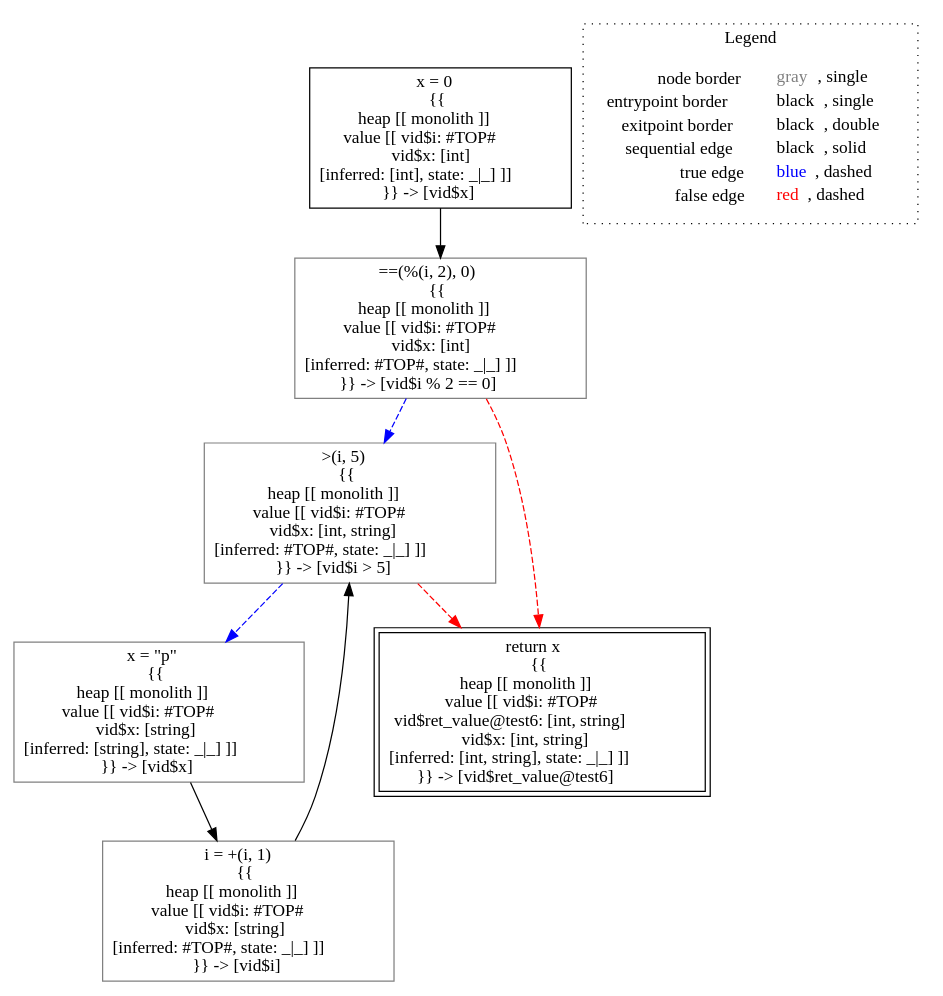
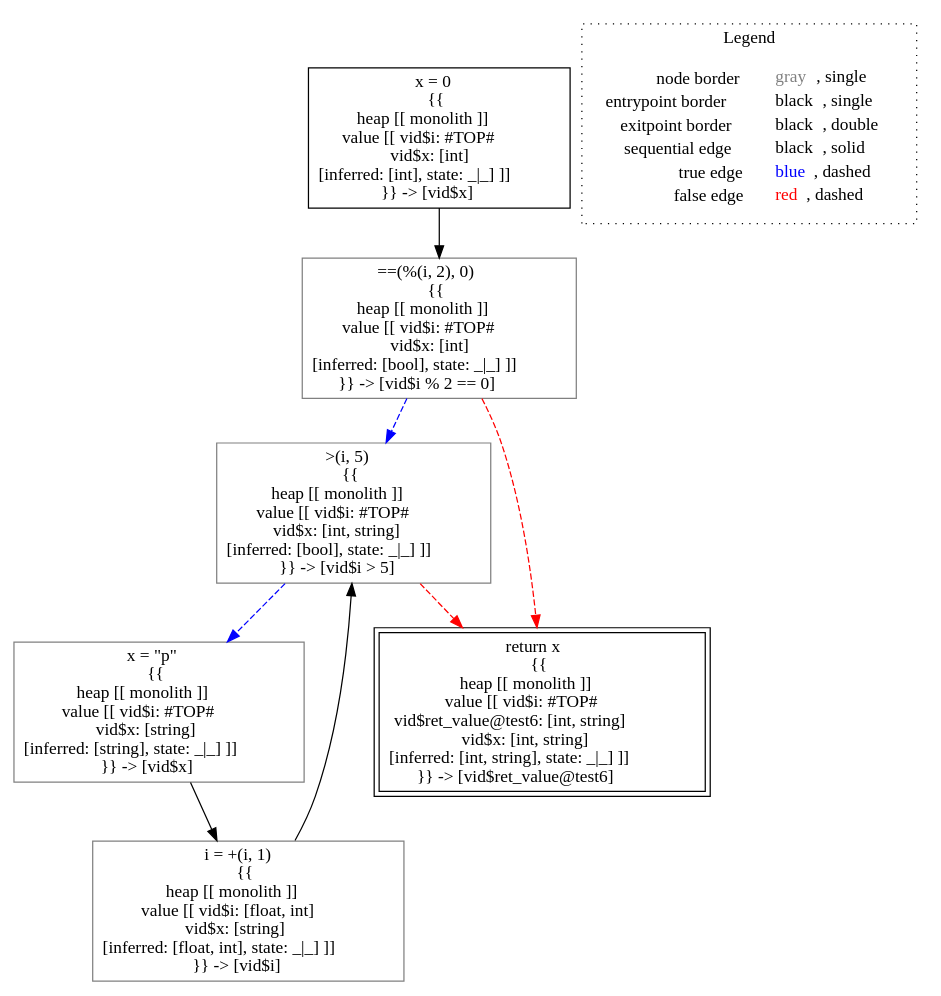
The diagram in lisa/imp-testcases/type-inference/typing___untyped_typing.test6(typing_this,_untyped_i).dot (lisa-analyzer/lisa), drawn with Graphviz before and after one commit. The commit also changed 12 other files, not shown here.

Commit message:
#45 recursive evaluation no longer takes automatic action with top value

```diff
--- a/lisa/imp-testcases/type-inference/typing___untyped_typing.test6(typing_this,_untyped_i).dot
+++ b/lisa/imp-testcases/type-inference/typing___untyped_typing.test6(typing_this,_untyped_i).dot
@@ -1,22 +1,22 @@
 digraph {
 	"node0" [shape="rect",color="black",label=<x = 0<BR/>{{<BR/>heap [[ monolith ]]<BR/>value [[ vid$i: #TOP#<BR/>vid$x: [int]<BR/>[inferred: [int], state: _|_] ]]<BR/>}} -&gt; [vid$x]>];
-	"node1" [shape="rect",color="gray",label=<==(%(i, 2), 0)<BR/>{{<BR/>heap [[ monolith ]]<BR/>value [[ vid$i: #TOP#<BR/>vid$x: [int]<BR/>[inferred: #TOP#, state: _|_] ]]<BR/>}} -&gt; [vid$i % 2 == 0]>];
-	"node2" [shape="rect",color="gray",label=<&gt;(i, 5)<BR/>{{<BR/>heap [[ monolith ]]<BR/>value [[ vid$i: #TOP#<BR/>vid$x: [int, string]<BR/>[inferred: #TOP#, state: _|_] ]]<BR/>}} -&gt; [vid$i &gt; 5]>];
+	"node1" [shape="rect",color="gray",label=<==(%(i, 2), 0)<BR/>{{<BR/>heap [[ monolith ]]<BR/>value [[ vid$i: #TOP#<BR/>vid$x: [int]<BR/>[inferred: [bool], state: _|_] ]]<BR/>}} -&gt; [vid$i % 2 == 0]>];
+	"node2" [shape="rect",color="gray",label=<&gt;(i, 5)<BR/>{{<BR/>heap [[ monolith ]]<BR/>value [[ vid$i: #TOP#<BR/>vid$x: [int, string]<BR/>[inferred: [bool], state: _|_] ]]<BR/>}} -&gt; [vid$i &gt; 5]>];
 	"node3" [shape="rect",color="gray",label=<x = &quot;p&quot;<BR/>{{<BR/>heap [[ monolith ]]<BR/>value [[ vid$i: #TOP#<BR/>vid$x: [string]<BR/>[inferred: [string], state: _|_] ]]<BR/>}} -&gt; [vid$x]>];
 	"node4" [shape="rect",color="black",peripheries="2",label=<return x<BR/>{{<BR/>heap [[ monolith ]]<BR/>value [[ vid$i: #TOP#<BR/>vid$ret_value@test6: [int, string]<BR/>vid$x: [int, string]<BR/>[inferred: [int, string], state: _|_] ]]<BR/>}} -&gt; [vid$ret_value@test6]>];
-	"node5" [shape="rect",color="gray",label=<i = +(i, 1)<BR/>{{<BR/>heap [[ monolith ]]<BR/>value [[ vid$i: #TOP#<BR/>vid$x: [string]<BR/>[inferred: #TOP#, state: _|_] ]]<BR/>}} -&gt; [vid$i]>];
+	"node5" [shape="rect",color="gray",label=<i = +(i, 1)<BR/>{{<BR/>heap [[ monolith ]]<BR/>value [[ vid$i: [float, int]<BR/>vid$x: [string]<BR/>[inferred: [float, int], state: _|_] ]]<BR/>}} -&gt; [vid$i]>];
 	"node1" -> "node2" [color="blue",style="dashed"];
 	"node1" -> "node4" [color="red",style="dashed"];
 	"node2" -> "node3" [color="blue",style="dashed"];
 	"node2" -> "node4" [color="red",style="dashed"];
 	"node0" -> "node1" [color="black"];
 	"node3" -> "node5" [color="black"];
 	"node5" -> "node2" [color="black"];
 subgraph cluster_legend {
 	label="Legend";
 	style=dotted;
 	node [shape=plaintext];
 	"legend" [label=<<table border="0" cellpadding="2" cellspacing="0" cellborder="0"><tr><td align="right">node border&nbsp;</td><td align="left"><font color="gray">gray</font>, single</td></tr><tr><td align="right">entrypoint border&nbsp;</td><td align="left"><font color="black">black</font>, single</td></tr><tr><td align="right">exitpoint border&nbsp;</td><td align="left"><font color="black">black</font>, double</td></tr><tr><td align="right">sequential edge&nbsp;</td><td align="left"><font color="black">black</font>, solid</td></tr><tr><td align="right">true edge&nbsp;</td><td align="left"><font color="blue">blue</font>, dashed</td></tr><tr><td align="right">false edge&nbsp;</td><td align="left"><font color="red">red</font>, dashed</td></tr></table>>];
 }
 
 }
```
